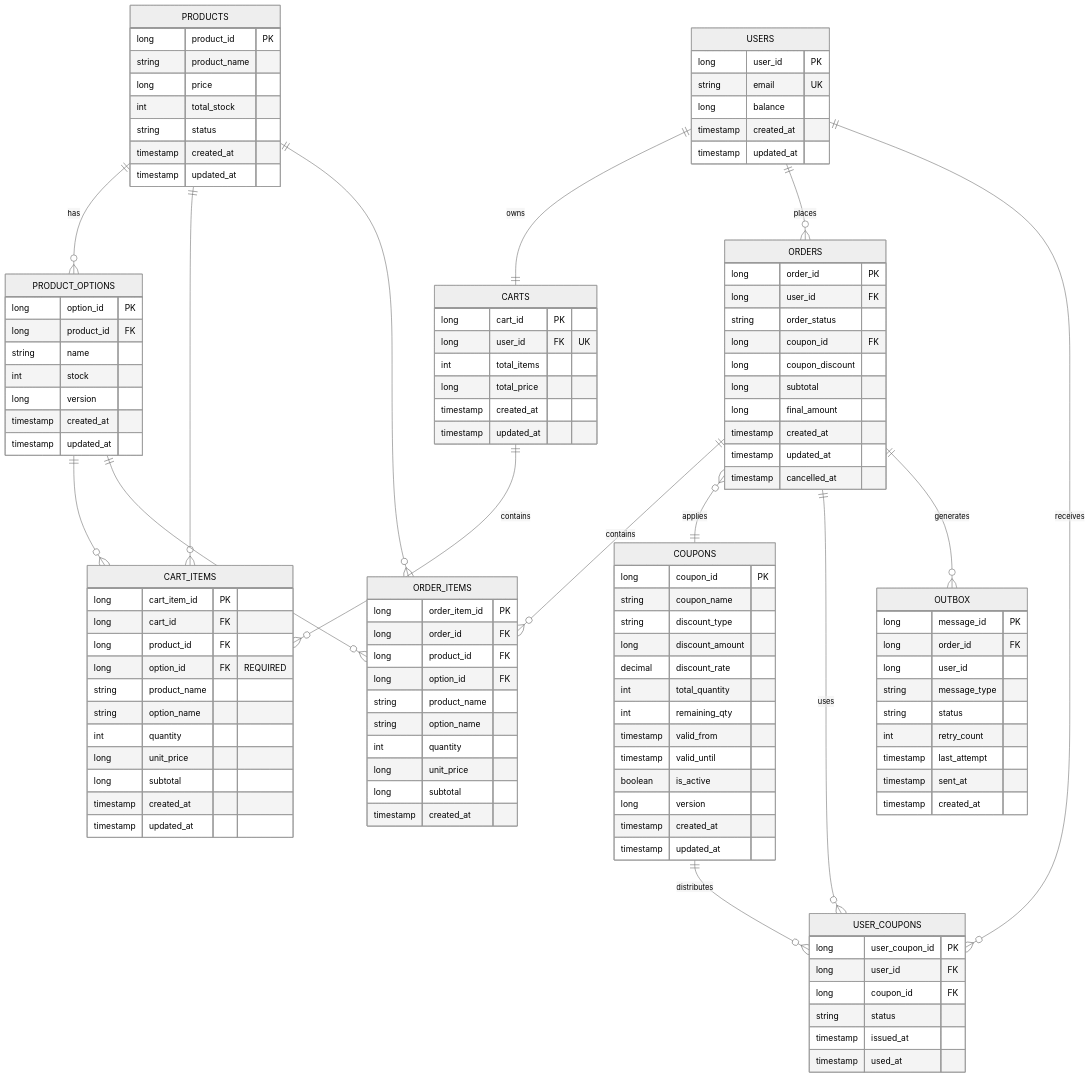
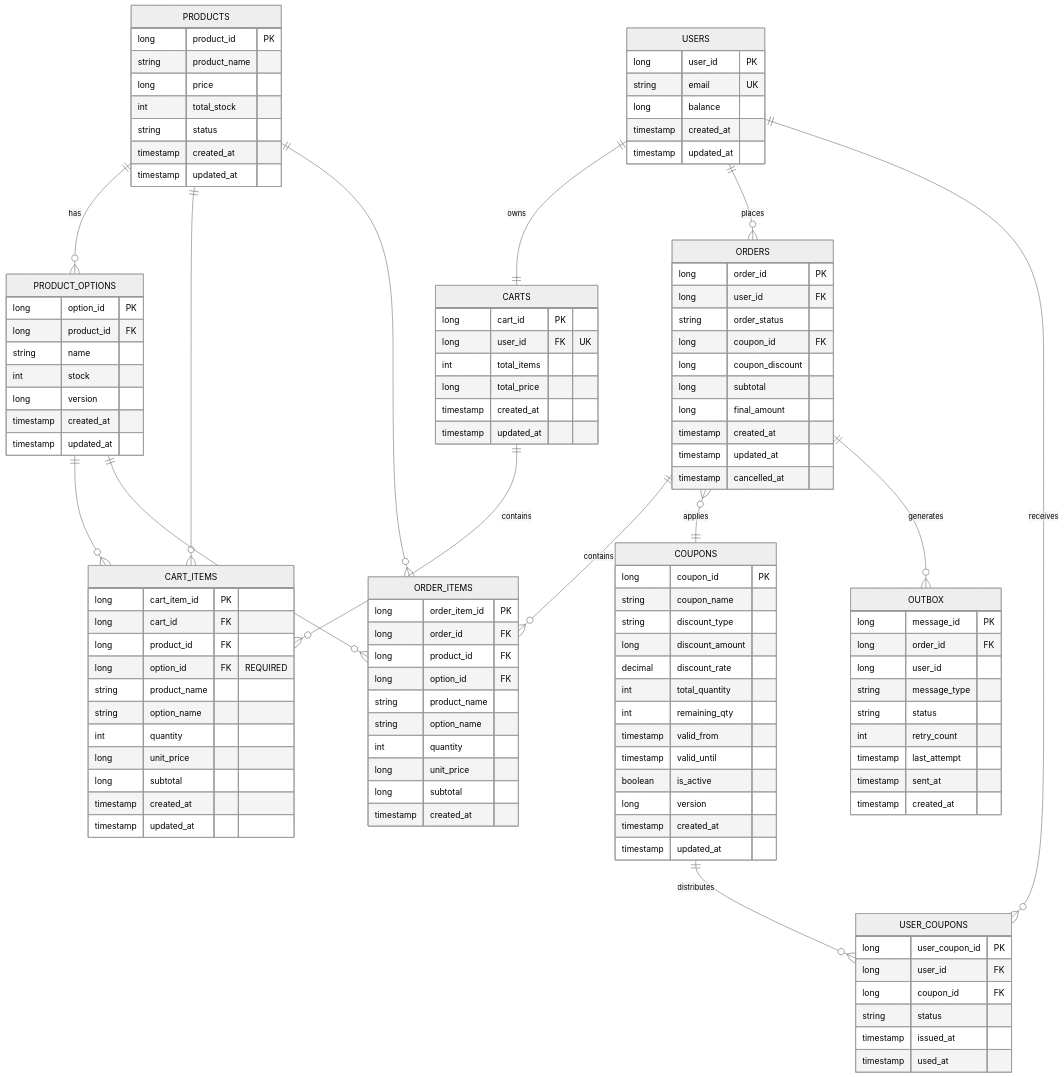
One commit to sujung00/e-commerce changed the diagram in docs/api/data-models.md. Above: the diagram before and after it, drawn with Mermaid (neutral theme). The commit also changed other lines of this file and 7 other files, not shown here.

```diff
--- a/docs/api/data-models.md
+++ b/docs/api/data-models.md
@@ -335,7 +340,6 @@
 
     ORDERS ||--o{ ORDER_ITEMS : contains
     ORDERS }o--|| COUPONS : applies
-    ORDERS ||--o{ USER_COUPONS : uses
     ORDERS ||--o{ OUTBOX : generates
 
     COUPONS ||--o{ USER_COUPONS : distributes
```
